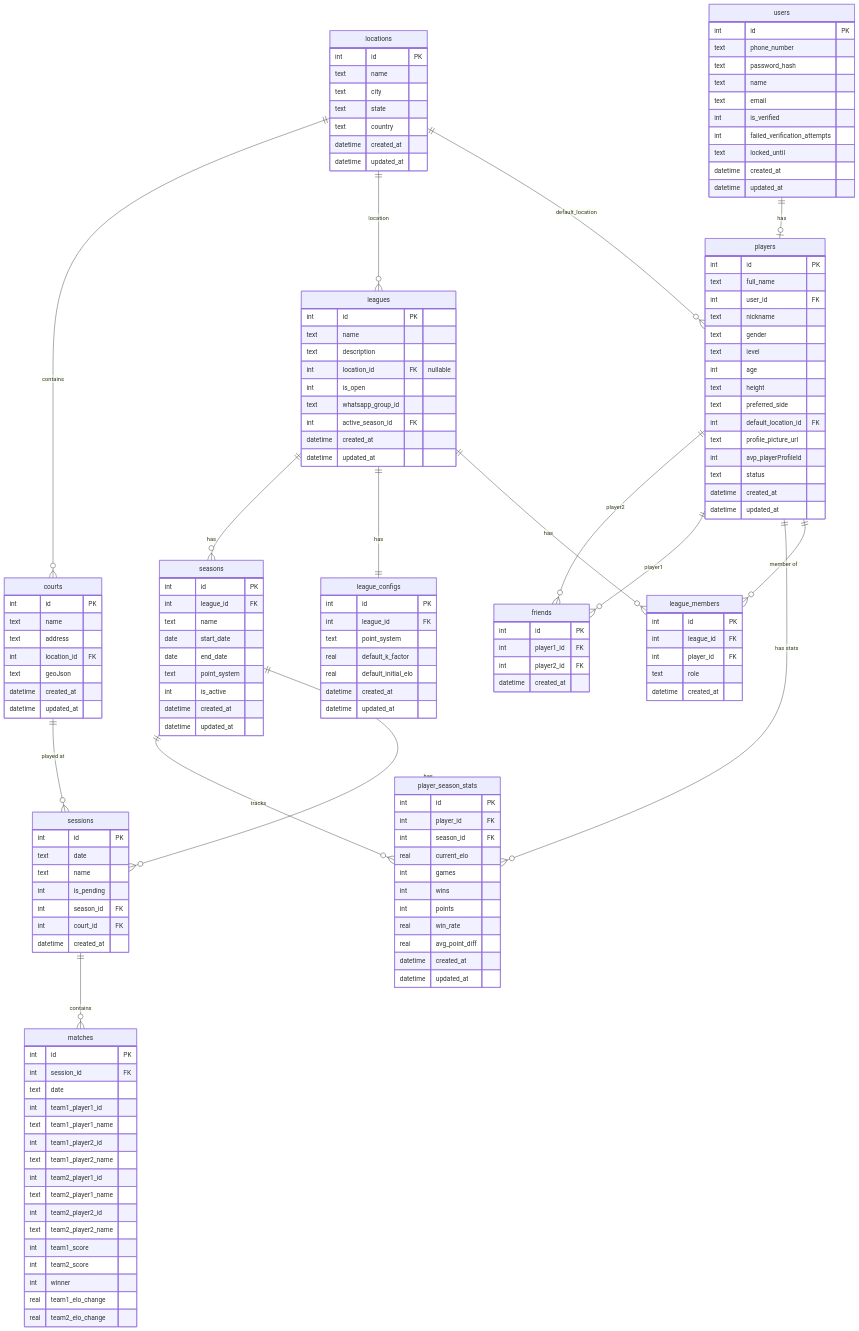
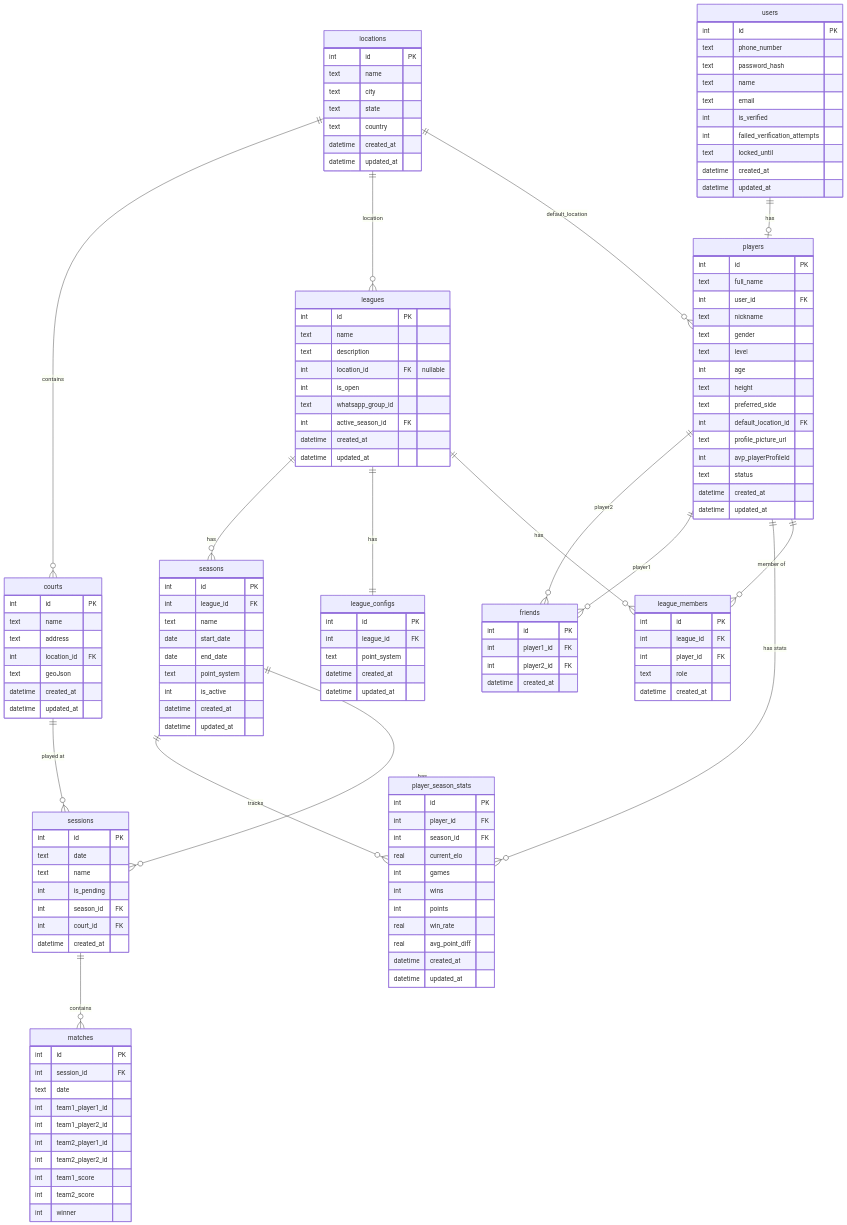
Before and after one commit to pschwagler/beach-kings: the diagram in DATABASE_SCHEMA.md, drawn with Mermaid. The commit also changed other lines of this file and 33 other files, not shown here.

````diff
--- a/DATABASE_SCHEMA.md
+++ b/DATABASE_SCHEMA.md
@@ -67,8 +67,6 @@
         int id PK
         int league_id FK
         text point_system
-        real default_k_factor
-        real default_initial_elo
         datetime created_at
         datetime updated_at
     }
@@ -149,17 +147,11 @@
         int session_id FK
         text date
         int team1_player1_id
-        text team1_player1_name
         int team1_player2_id
-        text team1_player2_name
         int team2_player1_id
-        text team2_player1_name
         int team2_player2_id
-        text team2_player2_name
         int team1_score
         int team2_score
         int winner
-        real team1_elo_change
-        real team2_elo_change
     }
 ```
````
